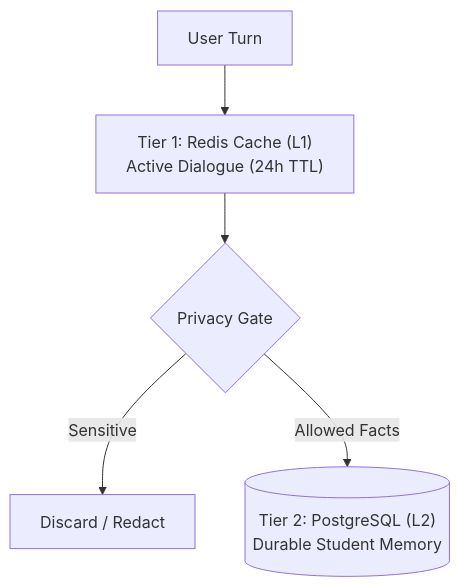
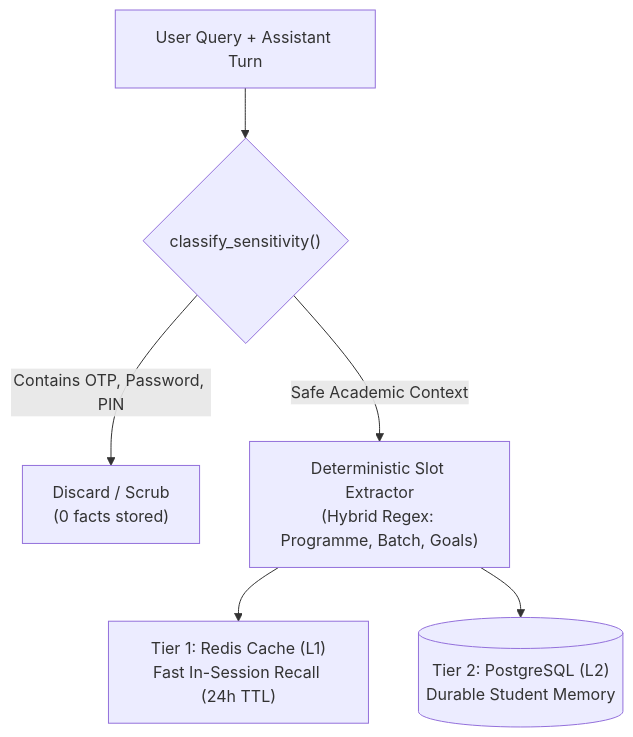
Before and after one commit to nakul-cloud/Intelligent_Student_Support_Agent: the second of 2 diagrams in Intelligent_Student_Support_Agent/README.md, drawn with Mermaid. The commit also changed other lines of this file and 10 other files, not shown here.

````diff
--- a/Intelligent_Student_Support_Agent/README.md
+++ b/Intelligent_Student_Support_Agent/README.md
@@ -153,7 +121,11 @@
 ```mermaid
 flowchart TD
-    Prompt["User Turn"] --> Tier1["Tier 1: Redis Cache (L1)<br/>Active Dialogue (24h TTL)"]
-    Tier1 --> Gate{"Privacy Gate"}
-    Gate -- "Sensitive" --> Discard["Discard / Redact"]
-    Gate -- "Allowed Facts" --> Tier2[("Tier 2: PostgreSQL (L2)<br/>Durable Student Memory")]
+    Turn["User Query + Assistant Turn"] --> Classifier{"classify_sensitivity()"}
+    
+    Classifier -- "Contains OTP, Password, PIN" --> Redact["Discard / Scrub<br/>(0 facts stored)"]
+    
+    Classifier -- "Safe Academic Context" --> Extractor["Deterministic Slot Extractor<br/>(Hybrid Regex: Programme, Batch, Goals)"]
+    
+    Extractor --> L1["Tier 1: Redis Cache (L1)<br/>Fast In-Session Recall (24h TTL)"]
+    Extractor --> L2[("Tier 2: PostgreSQL (L2)<br/>Durable Student Memory")]
 ```
````
